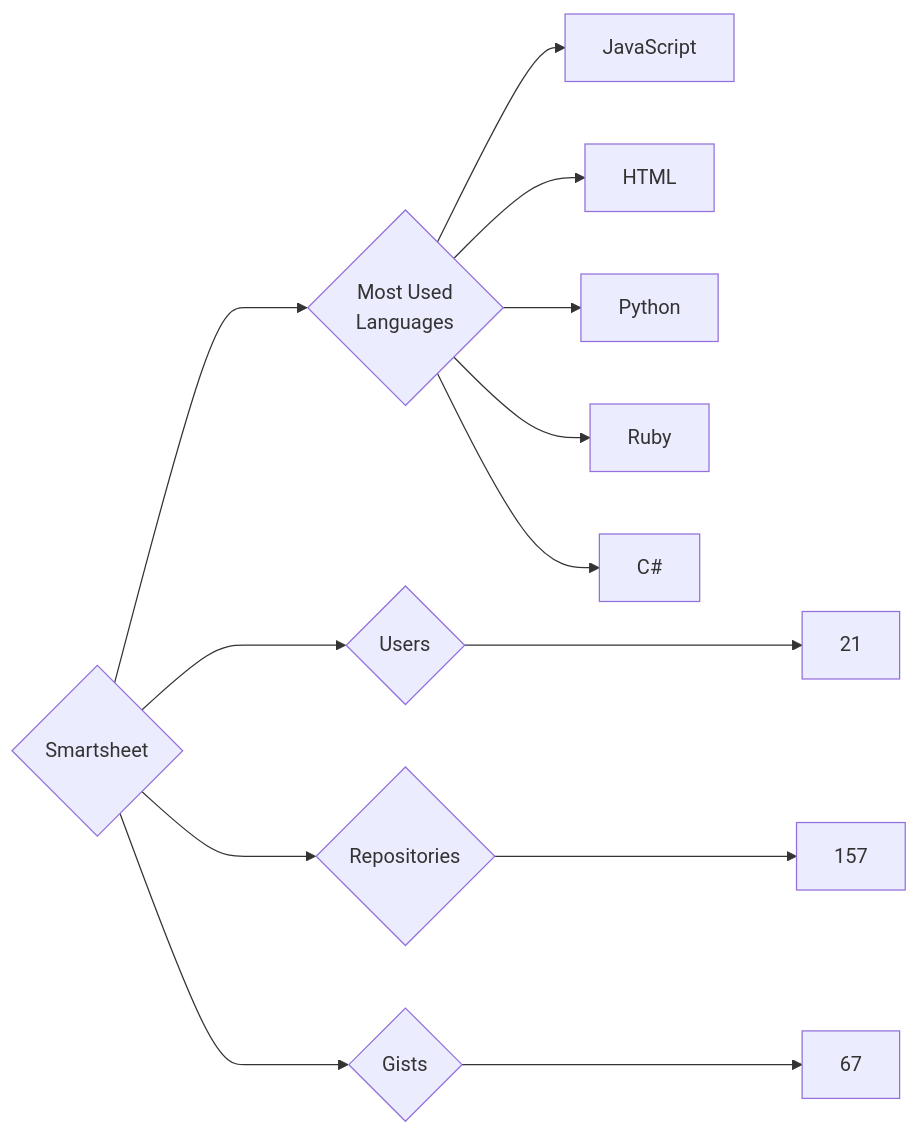
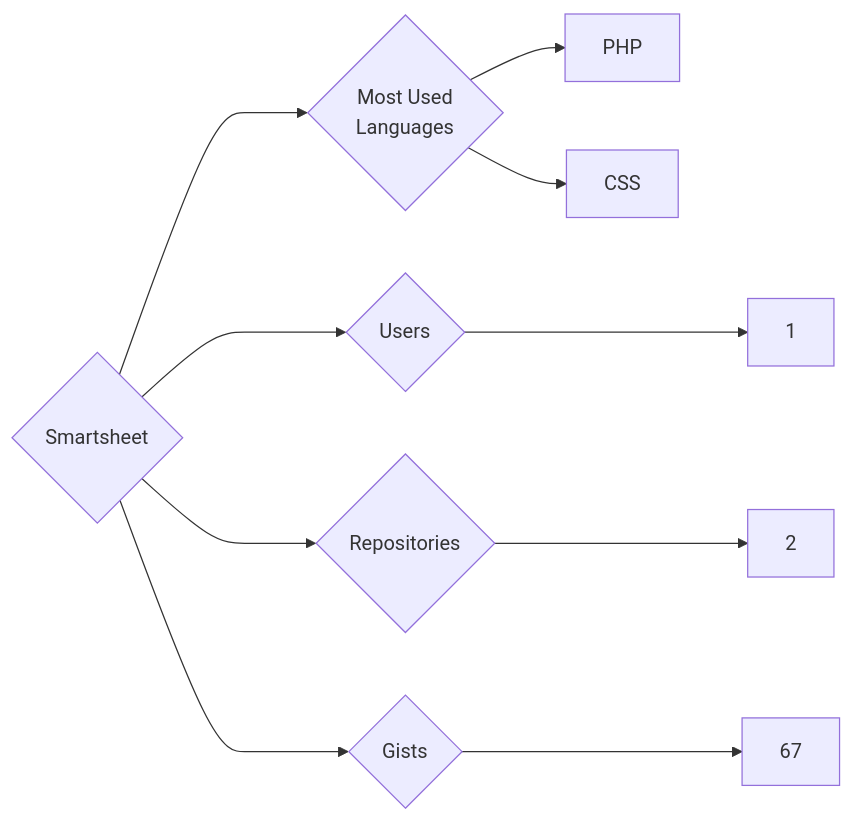
Before and after one commit to trickest/insiders: the diagram in targets/Smartsheet/README.md, drawn with Mermaid. The commit also changed 976 other files, not shown here.

````diff
--- a/targets/Smartsheet/README.md
+++ b/targets/Smartsheet/README.md
@@ -3,13 +3,10 @@
 ```mermaid
 graph LR
 COMPANY_NAME{Smartsheet}
-COMPANY_NAME ---> U{Users} ---> UN[21]
-COMPANY_NAME ---> R{Repositories} ---> RN[157]
+COMPANY_NAME ---> U{Users} ---> UN[1]
+COMPANY_NAME ---> R{Repositories} ---> RN[2]
 COMPANY_NAME ---> G{Gists} ---> GN[67]
 COMPANY_NAME ---> ML{Most Used<br>Languages}
-ML --> JavaScript[JavaScript]
-ML --> HTML[HTML]
-ML --> Python[Python]
-ML --> Ruby[Ruby]
-ML --> C#[C#]
+ML --> PHP[PHP]
+ML --> CSS[CSS]
 ```
````
